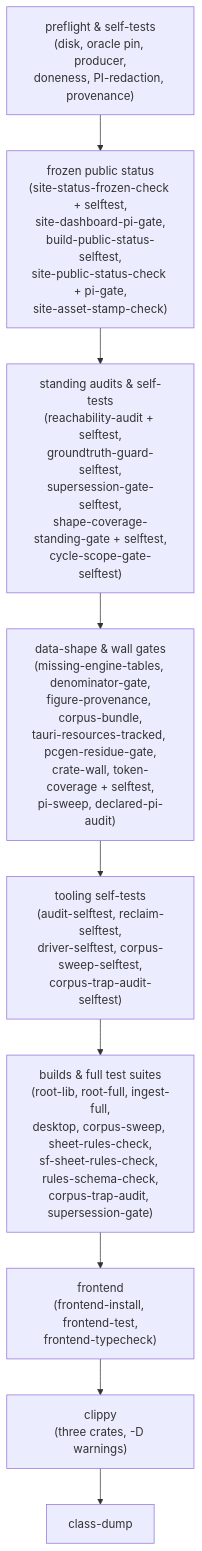
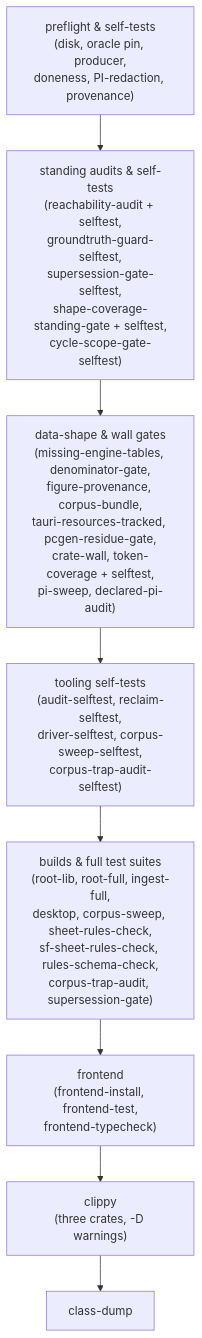
One commit to electricm0nk/codex changed the second of 2 diagrams in docs/architecture/testing.md. Above: the diagram before and after it, drawn with Mermaid. The commit also changed other lines of this file and 93 other files, not shown here.

First line of the commit message:
chore(site): move the public site to electricm0nk/codex-web; drop this repo's deploy lane

````diff
--- a/docs/architecture/testing.md
+++ b/docs/architecture/testing.md
@@ -262,11 +262,10 @@
 ```mermaid
 flowchart TD
-    A["preflight & self-tests\n(disk, oracle pin, producer,\ndoneness, PI-redaction, provenance)"] --> B
-    B["frozen public status\n(site-status-frozen-check + selftest,\nsite-dashboard-pi-gate,\nbuild-public-status-selftest,\nsite-public-status-check + pi-gate,\nsite-asset-stamp-check)"] --> C
+    A["preflight & self-tests\n(disk, oracle pin, producer,\ndoneness, PI-redaction, provenance)"] --> C
     C["standing audits & self-tests\n(reachability-audit + selftest,\ngroundtruth-guard-selftest,\nsupersession-gate-selftest,\nshape-coverage-standing-gate + selftest,\ncycle-scope-gate-selftest)"] --> D
     D["data-shape & wall gates\n(missing-engine-tables, denominator-gate,\nfigure-provenance, corpus-bundle,\ntauri-resources-tracked, pcgen-residue-gate,\ncrate-wall, token-coverage + selftest,\npi-sweep, declared-pi-audit)"] --> E
     E["tooling self-tests\n(audit-selftest, reclaim-selftest,\ndriver-selftest, corpus-sweep-selftest,\ncorpus-trap-audit-selftest)"] --> F
     F["builds & full test suites\n(root-lib, root-full, ingest-full,\ndesktop, corpus-sweep, sheet-rules-check,\nsf-sheet-rules-check, rules-schema-check,\ncorpus-trap-audit, supersession-gate)"] --> G
     G["frontend\n(frontend-install, frontend-test,\nfrontend-typecheck)"] --> H
     H["clippy\n(three crates, -D warnings)"] --> I["class-dump"]
 ```
````
